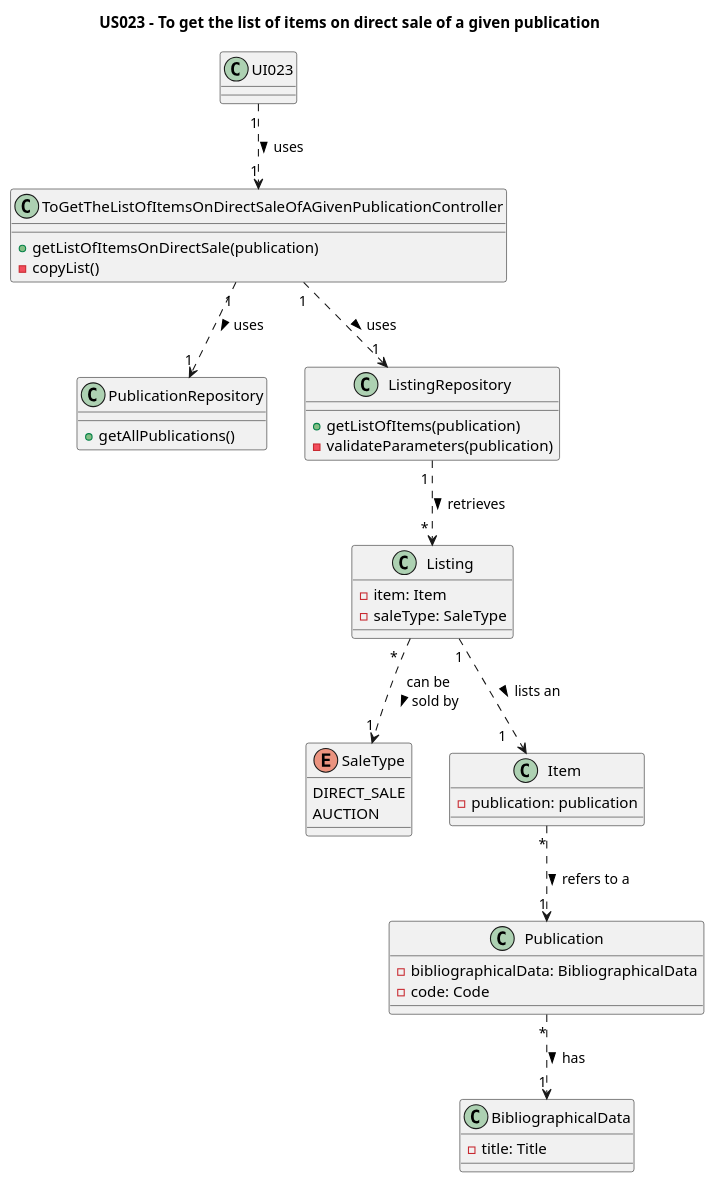
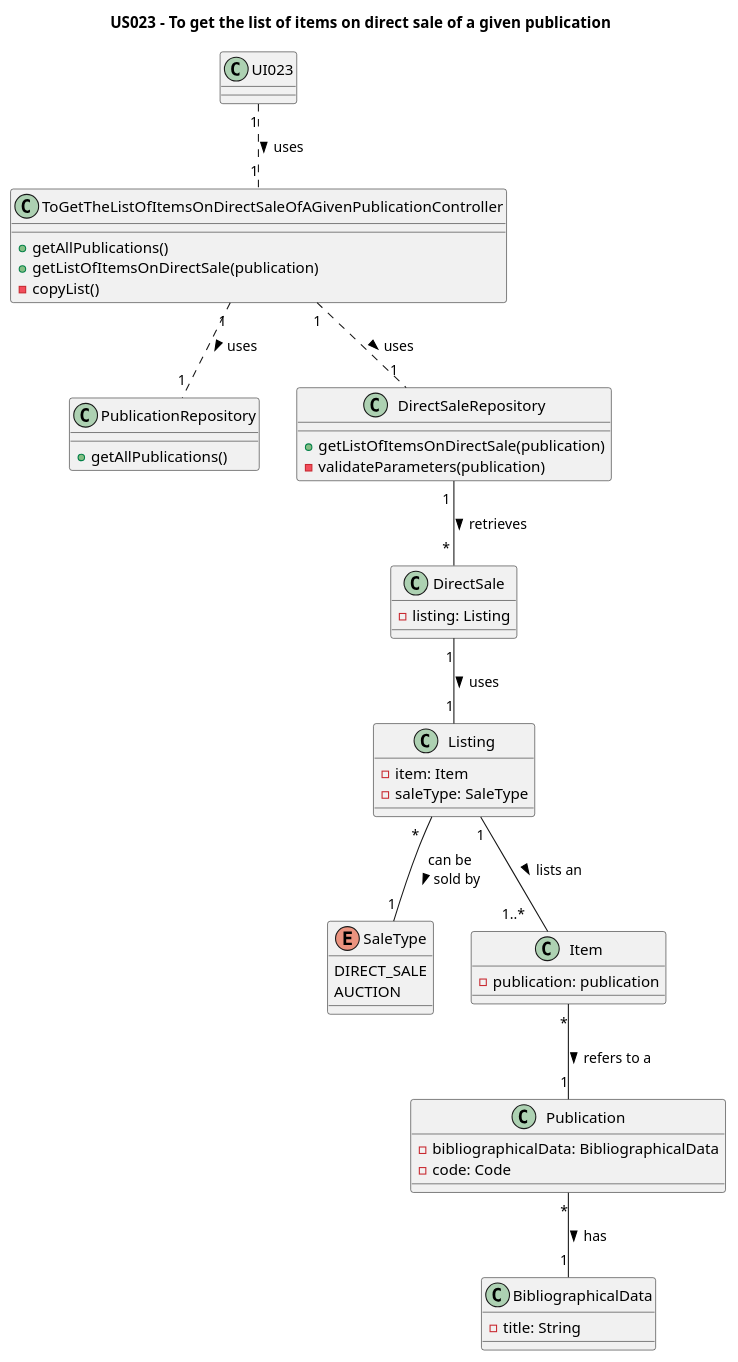
Before and after one commit to AndrePereiraGitH/SWitCH-Project-Team_A: the diagram in Diagrams/ClassDiagrams/US023-to-get-the-list-of-items-on-direct-sale-of-a-given-publication.puml, drawn with PlantUML. The commit also changed 1 other file, not shown here.

```diff
--- a/Diagrams/ClassDiagrams/US023-to-get-the-list-of-items-on-direct-sale-of-a-given-publication.puml
+++ b/Diagrams/ClassDiagrams/US023-to-get-the-list-of-items-on-direct-sale-of-a-given-publication.puml
@@ -1,62 +1,67 @@
 @startuml
 title US023 - To get the list of items on direct sale of a given publication
 
 class UI023{
 
 }
 
 class ToGetTheListOfItemsOnDirectSaleOfAGivenPublicationController {
+  +getAllPublications()
   +getListOfItemsOnDirectSale(publication)
   -copyList()
 }
 
 class PublicationRepository{
     +getAllPublications()
 }
 
-class ListingRepository {
-  +getListOfItems(publication)
-  ' -convertStringToEnum(typeOfSale, publication)
+class DirectSaleRepository {
+  +getListOfItemsOnDirectSale(publication)
   -validateParameters(publication)
+}
+
+class DirectSale {
+  - listing: Listing
 }
 
 class Listing {
   - item: Item
   - saleType: SaleType
 }
 
 enum SaleType {
     DIRECT_SALE
     AUCTION
 }
 
 'class Item {
 '    - bibliographicalData: BibliographicalData
 '}
 
 class Item {
     - publication: publication
 }
 
 class Publication {
     - bibliographicalData: BibliographicalData
     - code: Code
 }
 
 class BibliographicalData {
-    - title: Title
+    - title: String
 }
 
 ' Interactions
 
-UI023 "1" ..> "1" ToGetTheListOfItemsOnDirectSaleOfAGivenPublicationController : uses >
-ToGetTheListOfItemsOnDirectSaleOfAGivenPublicationController  "1 " ..> "1" ListingRepository : uses >
-ToGetTheListOfItemsOnDirectSaleOfAGivenPublicationController "1" ..> "1" PublicationRepository: uses >
-ListingRepository "1 " ..> " * " Listing : retrieves >
-Listing "                                *" ..> "1" SaleType : can be\nsold by >
-Listing "1" ..> "1    " Item : lists an >
+UI023 "1" .. "1" ToGetTheListOfItemsOnDirectSaleOfAGivenPublicationController : uses >
+ToGetTheListOfItemsOnDirectSaleOfAGivenPublicationController  "1 " .. "1" DirectSaleRepository : uses >
+ToGetTheListOfItemsOnDirectSaleOfAGivenPublicationController "1" .. "1" PublicationRepository: uses >
+DirectSaleRepository "1 " -- " * " DirectSale : retrieves >
+DirectSale "1" -- "1" Listing : uses >
+Listing "                                *" -- "1" SaleType : can be\nsold by >
+Listing "1" -- "1..*    " Item : lists an >
 ' Item "*" -- "1" BibliographicalData: has >
-Item "*" ..> "1" Publication: refers to a >
-Publication "*" ..> "1" BibliographicalData: has >
+Item "*" -- "1" Publication: refers to a >
+Publication "*" -- "1" BibliographicalData: has >
 
 @enduml
```
